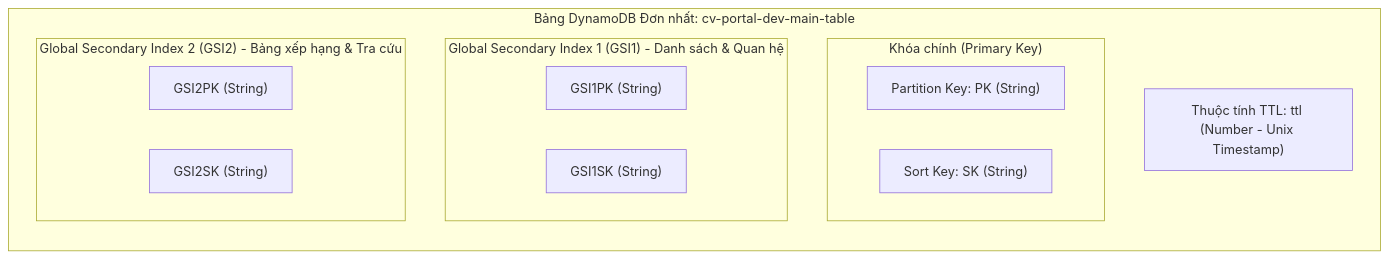
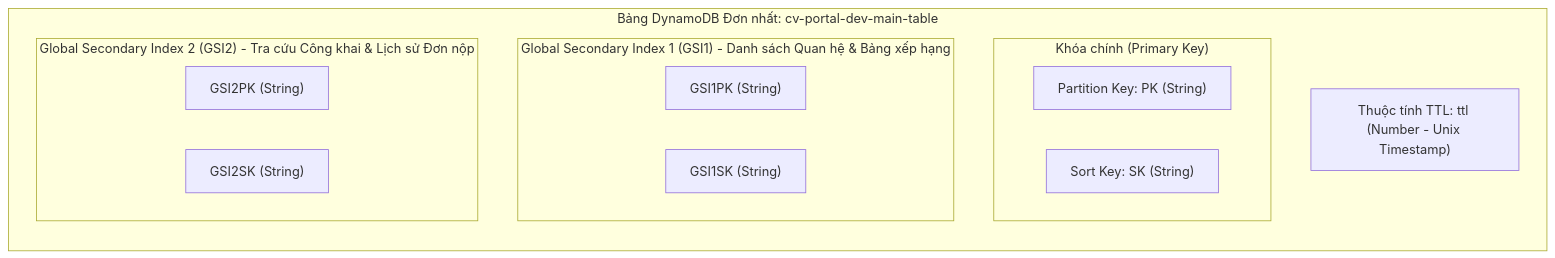
One commit to NguyenThanhTin235/aws-ai-cv-screening changed the first of 3 diagrams in docs/software/03-database-design.md. Above: the diagram before and after it, drawn with Mermaid. The commit also changed other lines of this file and 2 other files, not shown here.

Commit message:
docs(database): align schema with review findings - sync enums, active lock lifecycle, multi-reviewer, DSR lineage, and 32 APs

````diff
--- a/docs/software/03-database-design.md
+++ b/docs/software/03-database-design.md
@@ -28,19 +25,19 @@
 ```mermaid
 graph TD
     subgraph SingleTable["Bảng DynamoDB Đơn nhất: cv-portal-dev-main-table"]
         direction TB
         subgraph PrimaryKey["Khóa chính (Primary Key)"]
             PK["Partition Key: PK (String)"]
             SK["Sort Key: SK (String)"]
         end
-        subgraph GSI1Sec["Global Secondary Index 1 (GSI1) - Danh sách & Quan hệ"]
+        subgraph GSI1Sec["Global Secondary Index 1 (GSI1) - Danh sách Quan hệ & Bảng xếp hạng"]
             G1PK["GSI1PK (String)"]
             G1SK["GSI1SK (String)"]
         end
-        subgraph GSI2Sec["Global Secondary Index 2 (GSI2) - Bảng xếp hạng & Tra cứu"]
+        subgraph GSI2Sec["Global Secondary Index 2 (GSI2) - Tra cứu Công khai & Lịch sử Đơn nộp"]
             G2PK["GSI2PK (String)"]
             G2SK["GSI2SK (String)"]
         end
         TTLAttr["Thuộc tính TTL: ttl (Number - Unix Timestamp)"]
     end
 ```
````
